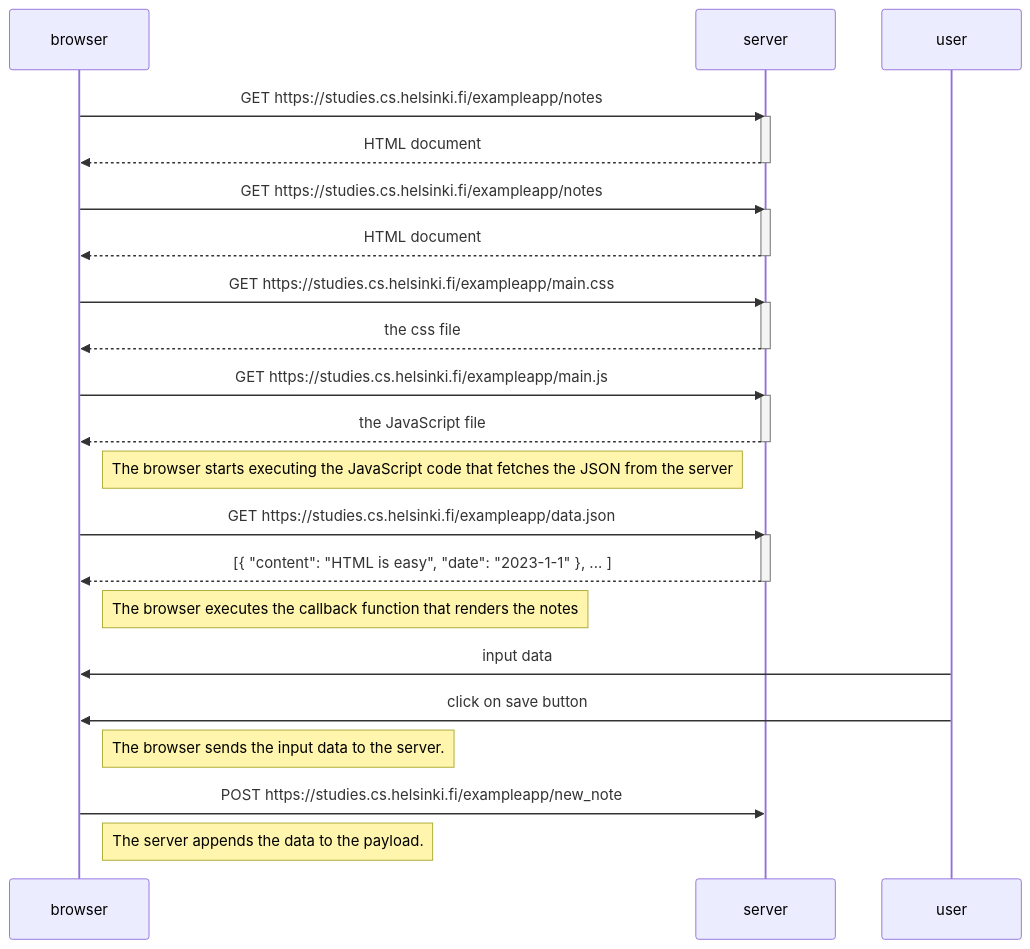
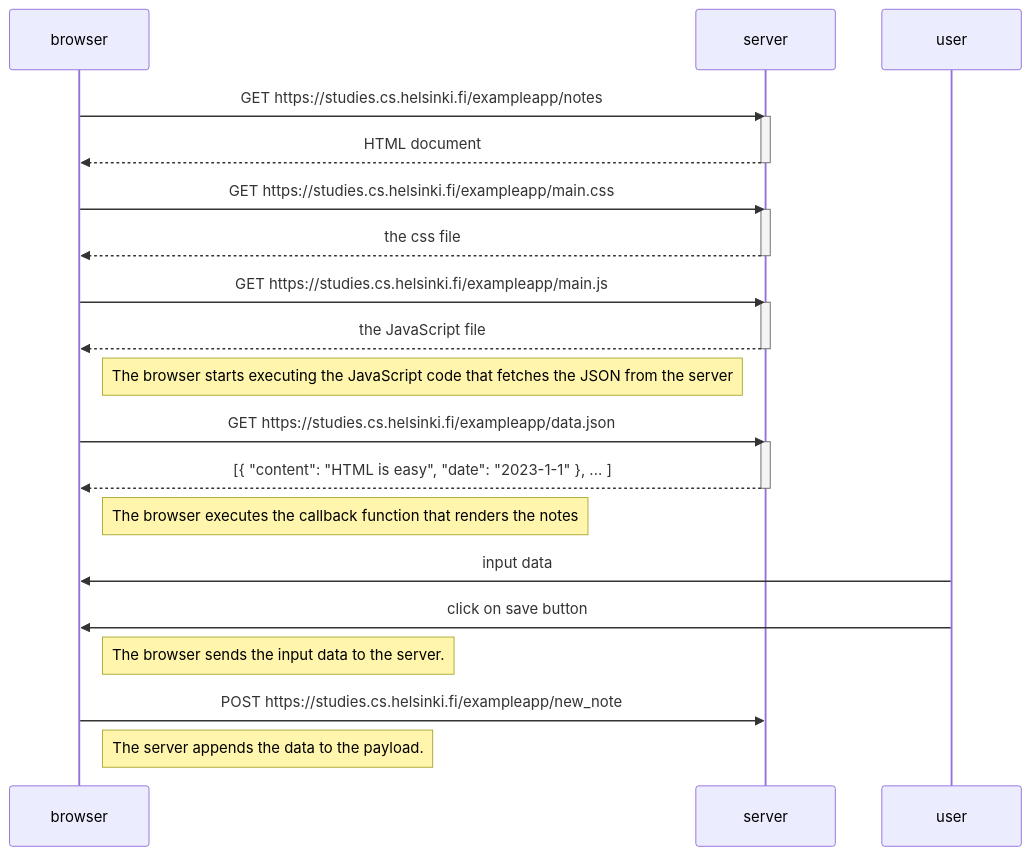
Before and after one commit to 24Akshat/fullstackopen: the diagram in mermaid.md, drawn with Mermaid.

````diff
--- a/mermaid.md
+++ b/mermaid.md
@@ -1,40 +1,36 @@
 ```mermaid
 sequenceDiagram
     participant browser
     participant server
     participant user
 
-    browser->>server: GET https://studies.cs.helsinki.fi/exampleapp/notes
-    activate server
-    server-->>browser: HTML document
-    deactivate server
     browser->>server: GET https://studies.cs.helsinki.fi/exampleapp/notes
     activate server
     server-->>browser: HTML document
     deactivate server
 
     browser->>server: GET https://studies.cs.helsinki.fi/exampleapp/main.css
     activate server
     server-->>browser: the css file
     deactivate server
 
     browser->>server: GET https://studies.cs.helsinki.fi/exampleapp/main.js
     activate server
     server-->>browser: the JavaScript file
     deactivate server
 
     Note right of browser: The browser starts executing the JavaScript code that fetches the JSON from the server
 
     browser->>server: GET https://studies.cs.helsinki.fi/exampleapp/data.json
     activate server
     server-->>browser: [{ "content": "HTML is easy", "date": "2023-1-1" }, ... ]
     deactivate server
 
     Note right of browser: The browser executes the callback function that renders the notes
     user ->> browser : input data
     user ->> browser : click on save button
     Note right of browser : The browser sends the input data to the server.
     browser ->> server : POST https://studies.cs.helsinki.fi/exampleapp/new_note
     Note right of browser : The server appends the data to the payload.
 
 ```
````
